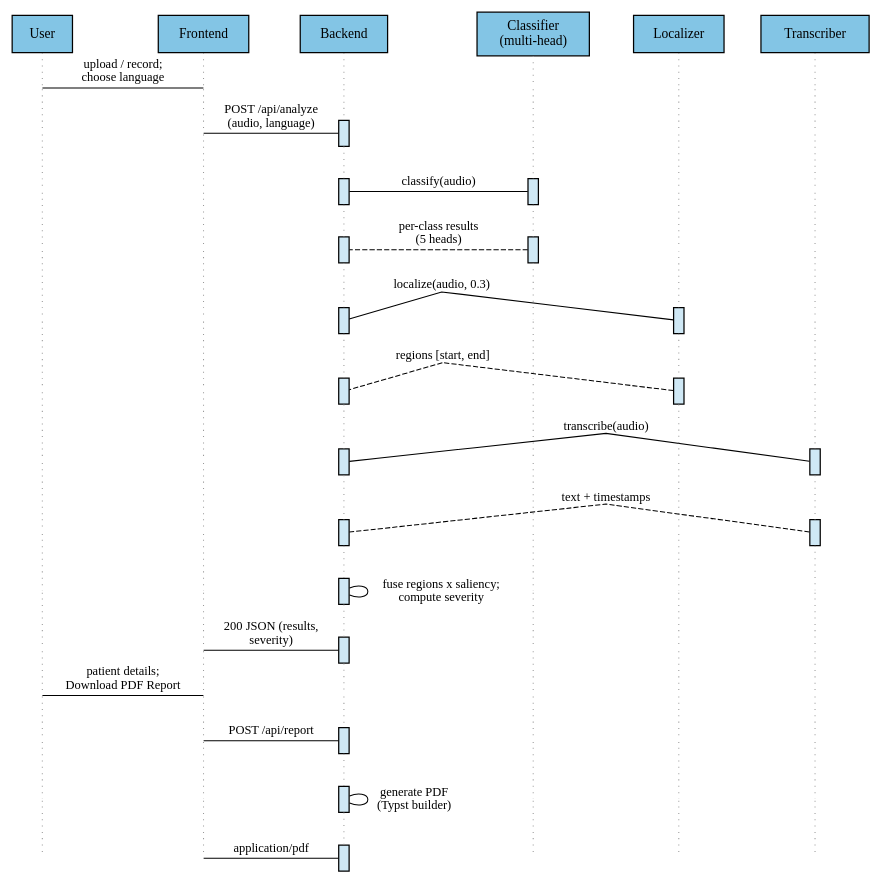
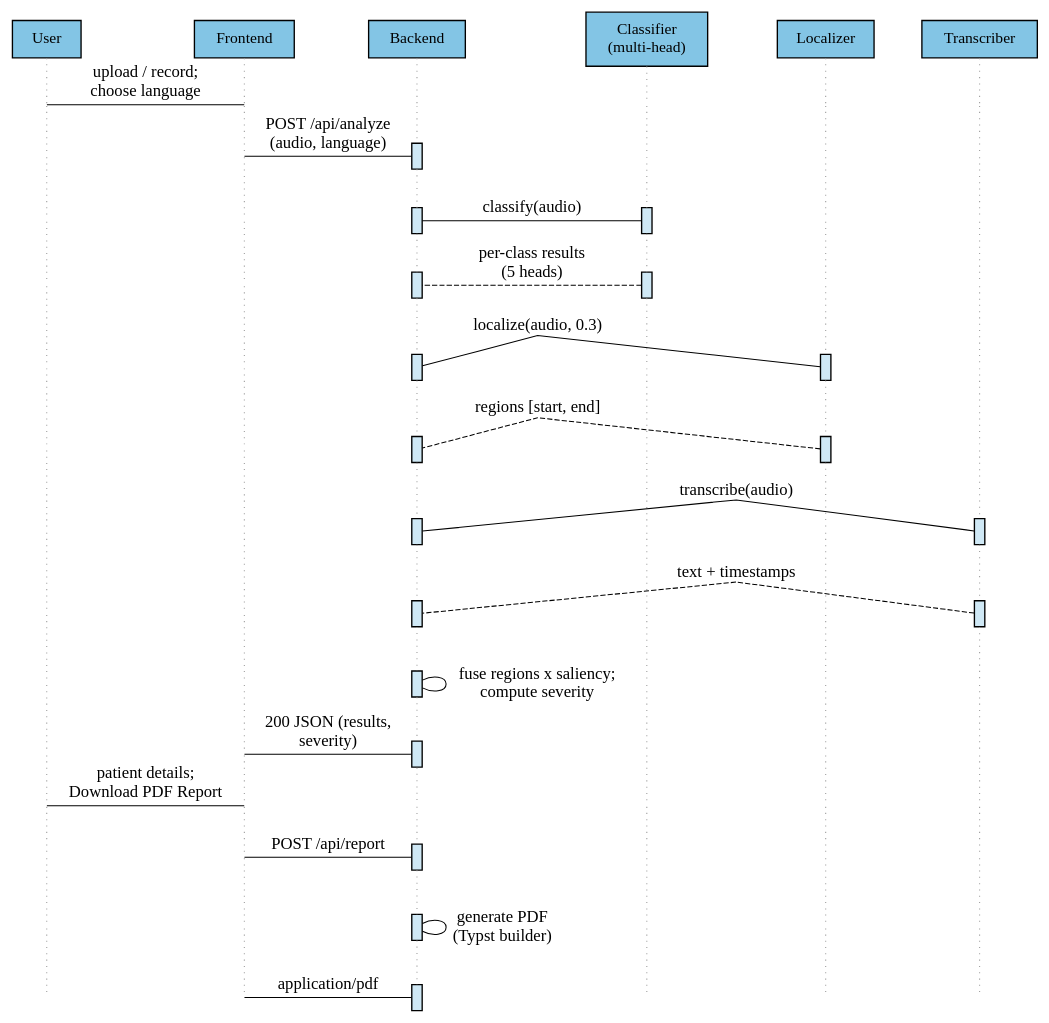
The diagram in docs/diagrams/04-sequence-diagram.dot (chethanbhat7/Swaraaha), drawn with Graphviz before and after one commit. The commit also changed 25 other files, not shown here.

Commit message:
Update diagrams: increase font sizes, use Times New Roman, replace workflow diagram

```diff
--- a/docs/diagrams/04-sequence-diagram.dot
+++ b/docs/diagrams/04-sequence-diagram.dot
@@ -1,156 +1,156 @@
 // Swaraaha — Sequence Diagram (web runtime, essence, simplified for report legibility).
 // Participants: User, Frontend, Backend, multi-head Classifier, Localizer, Transcriber.
 // Internal backend steps are self-messages; PDF generation folded into the backend.
 digraph SwaraahaSequenceDiagram {
 
-    fontname = "Times-Roman";
-    fontsize = 16;
+    fontname = "Times New Roman";
+    fontsize = 18;
     rankdir = TB;
     splines = false;
-    nodesep = 0.25;
-    ranksep = 0.42;
+    nodesep = 0.32;
+    ranksep = 0.5;
     bgcolor = "white";
 
     // ================= participant header boxes =================
-    node [fontname = "Times-Roman", fontsize = 13, color = "black", penwidth = 1.2];
-    node [shape = box, style = "filled", fillcolor = "#83C5E5", fontsize = 13, margin = "0.18,0.10"];
+    node [fontname = "Times New Roman", fontsize = 15, color = "black", penwidth = 1.3];
+    node [shape = box, style = "filled", fillcolor = "#83C5E5", fontsize = 15, margin = "0.22,0.12"];
 
     P_usr [label = "User", group = "usr"];
     P_fr  [label = "Frontend", group = "fr"];
     P_be  [label = "Backend", group = "be"];
     P_clf [label = "Classifier\n(multi-head)", group = "clf"];
     P_loc [label = "Localizer", group = "loc"];
     P_tr  [label = "Transcriber", group = "tr"];
 
     { rank = same; P_usr; P_fr; P_be; P_clf; P_loc; P_tr; }
 
     // ================= invisible point anchors (idle cells) =================
     node [shape = point, style = invis, width = 0, height = 0];
 
     a1_usr [group = "usr"]; a1_fr [group = "fr"]; a1_be [group = "be"];
     a1_clf [group = "clf"]; a1_loc [group = "loc"]; a1_tr [group = "tr"];
 
     a2_usr [group = "usr"]; a2_fr [group = "fr"];
     a2_clf [group = "clf"]; a2_loc [group = "loc"]; a2_tr [group = "tr"];
 
     a3_usr [group = "usr"]; a3_fr [group = "fr"];
     a3_loc [group = "loc"]; a3_tr [group = "tr"];
 
     a4_usr [group = "usr"]; a4_fr [group = "fr"];
     a4_loc [group = "loc"]; a4_tr [group = "tr"];
 
     a5_usr [group = "usr"]; a5_fr [group = "fr"];
     a5_clf [group = "clf"]; a5_tr [group = "tr"];
 
     a6_usr [group = "usr"]; a6_fr [group = "fr"];
     a6_clf [group = "clf"]; a6_tr [group = "tr"];
 
     a7_usr [group = "usr"]; a7_fr [group = "fr"];
     a7_clf [group = "clf"]; a7_loc [group = "loc"];
 
     a8_usr [group = "usr"]; a8_fr [group = "fr"];
     a8_clf [group = "clf"]; a8_loc [group = "loc"];
 
     a9_usr [group = "usr"]; a9_fr [group = "fr"];
     a9_clf [group = "clf"]; a9_loc [group = "loc"]; a9_tr [group = "tr"];
 
     a10_usr [group = "usr"]; a10_fr [group = "fr"];
     a10_clf [group = "clf"]; a10_loc [group = "loc"]; a10_tr [group = "tr"];
 
     a11_usr [group = "usr"]; a11_fr [group = "fr"]; a11_be [group = "be"];
     a11_clf [group = "clf"]; a11_loc [group = "loc"]; a11_tr [group = "tr"];
 
     a12_usr [group = "usr"]; a12_fr [group = "fr"];
     a12_clf [group = "clf"]; a12_loc [group = "loc"]; a12_tr [group = "tr"];
 
     a13_usr [group = "usr"]; a13_fr [group = "fr"];
     a13_clf [group = "clf"]; a13_loc [group = "loc"]; a13_tr [group = "tr"];
 
     a14_usr [group = "usr"]; a14_fr [group = "fr"];
     a14_clf [group = "clf"]; a14_loc [group = "loc"]; a14_tr [group = "tr"];
 
     // ================= activation bars (busy cells) =================
     node [shape = box, width = 0.14, height = 0.35, style = "filled",
           fillcolor = "#CFE8F5", color = "black", margin = 0, label = ""];
 
     b2_be  [group = "be"]; b3_be  [group = "be"]; b4_be  [group = "be"];
     b5_be  [group = "be"]; b6_be  [group = "be"]; b7_be  [group = "be"];
     b8_be  [group = "be"]; b9_be  [group = "be"]; b10_be [group = "be"];
     b12_be [group = "be"]; b13_be [group = "be"]; b14_be [group = "be"];
 
     b3_clf [group = "clf"]; b4_clf [group = "clf"];
 
     b5_loc [group = "loc"]; b6_loc [group = "loc"];
 
     b7_tr  [group = "tr"]; b8_tr  [group = "tr"];
 
     // ================= per-row rank groups =================
     { rank = same; a1_usr; a1_fr; a1_be; a1_clf; a1_loc; a1_tr; }
     { rank = same; a2_usr; a2_fr; b2_be; a2_clf; a2_loc; a2_tr; }
     { rank = same; a3_usr; a3_fr; b3_be; b3_clf; a3_loc; a3_tr; }
     { rank = same; a4_usr; a4_fr; b4_be; b4_clf; a4_loc; a4_tr; }
     { rank = same; a5_usr; a5_fr; b5_be; a5_clf; b5_loc; a5_tr; }
     { rank = same; a6_usr; a6_fr; b6_be; a6_clf; b6_loc; a6_tr; }
     { rank = same; a7_usr; a7_fr; b7_be; a7_clf; a7_loc; b7_tr; }
     { rank = same; a8_usr; a8_fr; b8_be; a8_clf; a8_loc; b8_tr; }
     { rank = same; a9_usr; a9_fr; b9_be; a9_clf; a9_loc; a9_tr; }
     { rank = same; a10_usr; a10_fr; b10_be; a10_clf; a10_loc; a10_tr; }
     { rank = same; a11_usr; a11_fr; a11_be; a11_clf; a11_loc; a11_tr; }
     { rank = same; a12_usr; a12_fr; b12_be; a12_clf; a12_loc; a12_tr; }
     { rank = same; a13_usr; a13_fr; b13_be; a13_clf; a13_loc; a13_tr; }
     { rank = same; a14_usr; a14_fr; b14_be; a14_clf; a14_loc; a14_tr; }
 
     // ================= lifelines (dotted chains, pinned by group) =================
     edge [style = dotted, color = "#999999", arrowhead = none, weight = 10];
 
     P_usr -> a1_usr -> a2_usr -> a3_usr -> a4_usr -> a5_usr -> a6_usr ->
     a7_usr -> a8_usr -> a9_usr -> a10_usr -> a11_usr -> a12_usr -> a13_usr -> a14_usr;
 
     P_fr  -> a1_fr  -> a2_fr  -> a3_fr  -> a4_fr  -> a5_fr  -> a6_fr  ->
     a7_fr  -> a8_fr  -> a9_fr  -> a10_fr -> a11_fr -> a12_fr -> a13_fr -> a14_fr;
 
     P_be  -> a1_be  -> b2_be  -> b3_be  -> b4_be  -> b5_be  -> b6_be  ->
     b7_be  -> b8_be  -> b9_be  -> b10_be -> a11_be -> b12_be -> b13_be -> b14_be;
 
     P_clf -> a1_clf -> a2_clf -> b3_clf -> b4_clf -> a5_clf -> a6_clf ->
     a7_clf -> a8_clf -> a9_clf -> a10_clf -> a11_clf -> a12_clf -> a13_clf -> a14_clf;
 
     P_loc -> a1_loc -> a2_loc -> a3_loc -> a4_loc -> b5_loc -> b6_loc ->
     a7_loc -> a8_loc -> a9_loc -> a10_loc -> a11_loc -> a12_loc -> a13_loc -> a14_loc;
 
     P_tr  -> a1_tr  -> a2_tr  -> a3_tr  -> a4_tr  -> a5_tr  -> a6_tr  ->
     b7_tr  -> b8_tr  -> a9_tr  -> a10_tr -> a11_tr -> a12_tr -> a13_tr -> a14_tr;
 
     // ================= participant ordering (left to right) =================
     edge [style = invis, color = black, weight = 100];
     P_usr -> P_fr -> P_be -> P_clf -> P_loc -> P_tr;
 
     // ================= messages (do not affect layout) =================
     edge [style = solid, color = "black", arrowsize = 0.8,
-          fontname = "Times-Roman", fontsize = 12, constraint = false];
+          fontname = "Times New Roman", fontsize = 16, constraint = false];
 
     a1_usr -> a1_fr [label = "upload / record;\nchoose language"];
 
     a2_fr -> b2_be [label = "POST /api/analyze\n(audio, language)"];
 
     b3_be -> b3_clf [label = "classify(audio)"];
     b4_clf -> b4_be [label = "per-class results\n(5 heads)", style = dashed];
 
     b5_be -> b5_loc [label = "localize(audio, 0.3)"];
     b6_loc -> b6_be [label = "regions [start, end]", style = dashed];
 
     b7_be -> b7_tr [label = "transcribe(audio)"];
     b8_tr -> b8_be [label = "text + timestamps", style = dashed];
 
     b9_be -> b9_be [label = "fuse regions x saliency;\ncompute severity"];
 
     b10_be -> a10_fr [label = "200 JSON (results,\nseverity)"];
 
     a11_usr -> a11_fr [label = "patient details;\nDownload PDF Report"];
 
     a12_fr -> b12_be [label = "POST /api/report"];
 
     b13_be -> b13_be [label = "generate PDF\n(Typst builder)"];
 
     b14_be -> a14_fr [label = "application/pdf"];
 }
```
